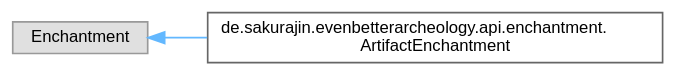
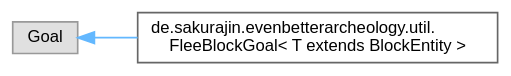
The diagram in inherit_graph_32.dot (noah1510/EvenBetterArcheology), drawn with Graphviz before and after one commit. The commit also changed 146 other files, not shown here.

```diff
--- a/inherit_graph_32.dot
+++ b/inherit_graph_32.dot
@@ -1,11 +1,11 @@
 digraph "Graphical Class Hierarchy"
 {
  // LATEX_PDF_SIZE
   bgcolor="transparent";
   edge [fontname=Helvetica,fontsize=10,labelfontname=Helvetica,labelfontsize=10];
   node [fontname=Helvetica,fontsize=10,shape=box,height=0.2,width=0.4];
   rankdir="LR";
-  Node0 [label="Enchantment",height=0.2,width=0.4,color="grey60", fillcolor="#E0E0E0", style="filled",tooltip=" "];
+  Node0 [label="Goal",height=0.2,width=0.4,color="grey60", fillcolor="#E0E0E0", style="filled",tooltip=" "];
   Node0 -> Node1 [dir="back",color="steelblue1",style="solid"];
-  Node1 [label="de.sakurajin.evenbetterarcheology.api.enchantment.\lArtifactEnchantment",height=0.2,width=0.4,color="grey40", fillcolor="white", style="filled",URL="$classde_1_1sakurajin_1_1evenbetterarcheology_1_1api_1_1enchantment_1_1ArtifactEnchantment.html",tooltip="A generic class representing an enchantment that is only available as loot."];
+  Node1 [label="de.sakurajin.evenbetterarcheology.util.\lFleeBlockGoal\< T extends BlockEntity \>",height=0.2,width=0.4,color="grey40", fillcolor="white", style="filled",URL="$classde_1_1sakurajin_1_1evenbetterarcheology_1_1util_1_1FleeBlockGoal.html",tooltip=" "];
 }
```
